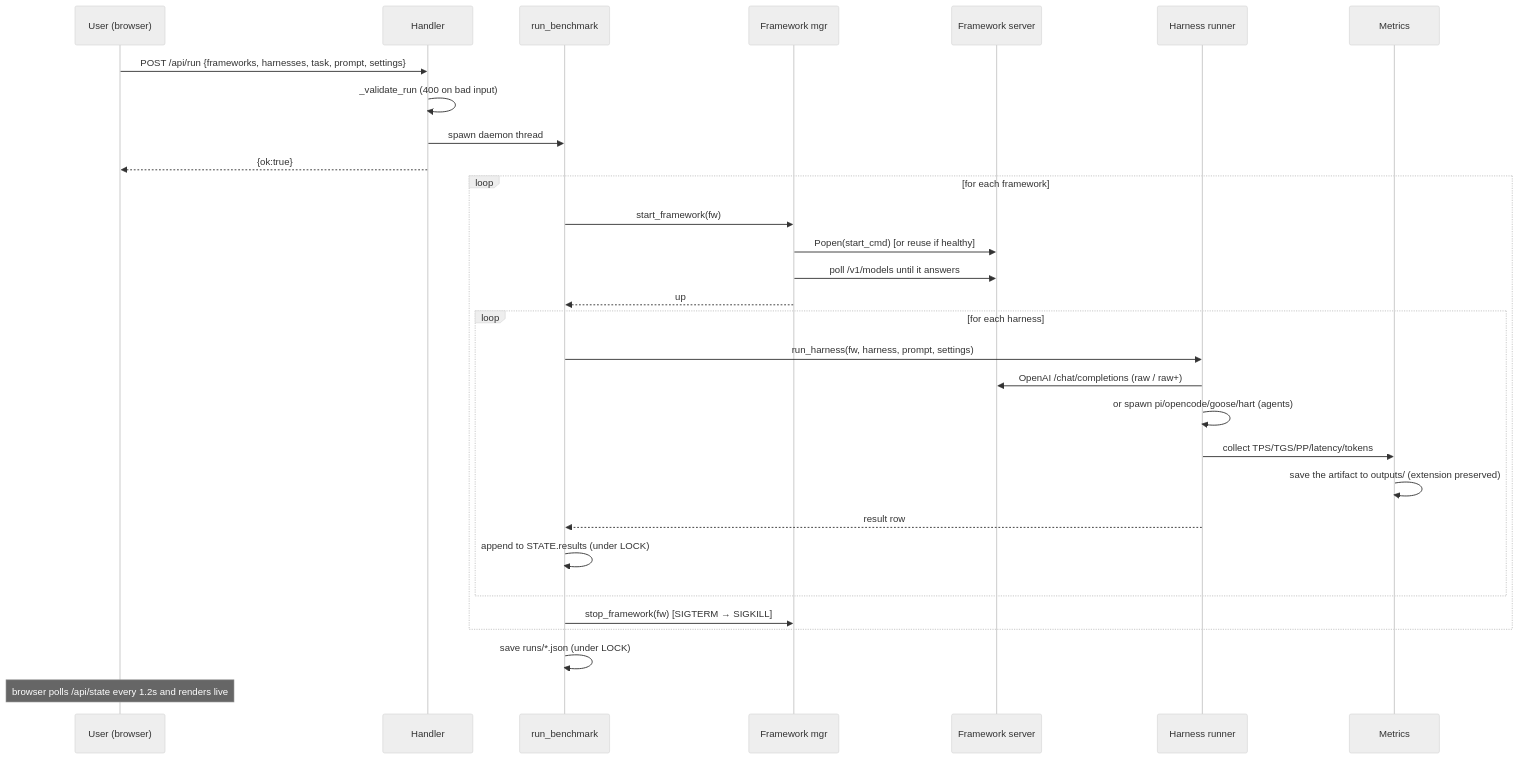
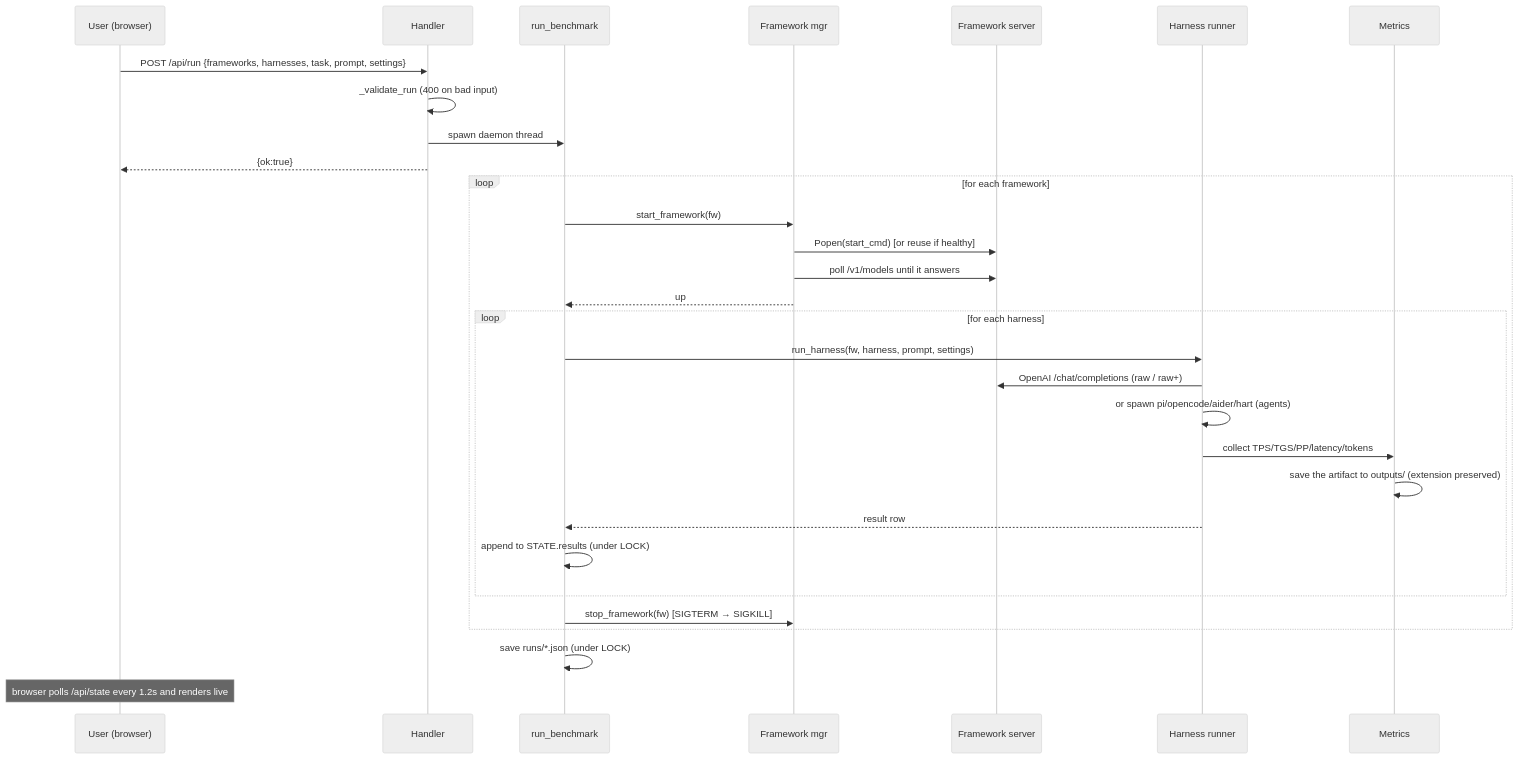
The third of 6 diagrams in ARCHITECTURE.md (akshaya-git/benchtest), drawn with Mermaid (neutral theme) before and after one commit. The commit also changed other lines of this file and 7 other files, not shown here.

````diff
--- a/ARCHITECTURE.md
+++ b/ARCHITECTURE.md
@@ -84,34 +84,34 @@
 ```mermaid
 sequenceDiagram
     participant U as User (browser)
     participant H as Handler
     participant O as run_benchmark
     participant F as Framework mgr
     participant S as Framework server
     participant R as Harness runner
     participant M as Metrics
 
     U->>H: POST /api/run {frameworks, harnesses, task, prompt, settings}
     H->>H: _validate_run (400 on bad input)
     H->>O: spawn daemon thread
     H-->>U: {ok:true}
 
     loop for each framework
         O->>F: start_framework(fw)
         F->>S: Popen(start_cmd)  [or reuse if healthy]
         F->>S: poll /v1/models until it answers
         F-->>O: up
         loop for each harness
             O->>R: run_harness(fw, harness, prompt, settings)
             R->>S: OpenAI /chat/completions (raw / raw+)
-            R->>R: or spawn pi/opencode/goose/hart (agents)
+            R->>R: or spawn pi/opencode/aider/hart (agents)
             R->>M: collect TPS/TGS/PP/latency/tokens
             M->>M: save the artifact to outputs/ (extension preserved)
             R-->>O: result row
             O->>O: append to STATE.results (under LOCK)
         end
         O->>F: stop_framework(fw)  [SIGTERM → SIGKILL]
     end
     O->>O: save runs/*.json (under LOCK)
     Note over U: browser polls /api/state every 1.2s and renders live
 ```
````
